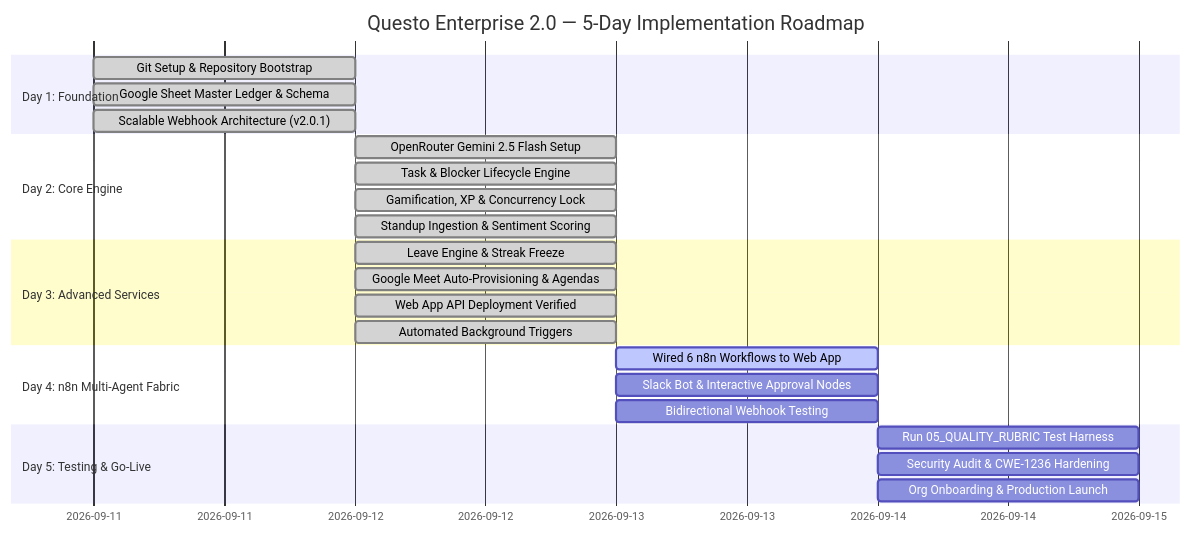
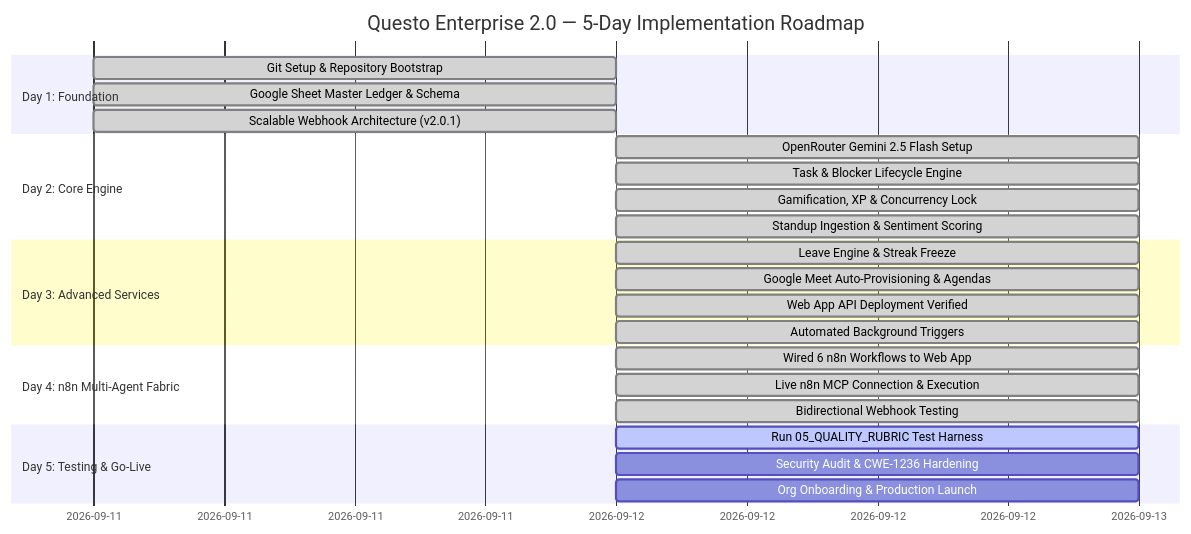
The diagram in questo/00_5_DAY_ROADMAP.md (Atofinite5/QuestO), drawn with Mermaid before and after one commit. The commit also changed other lines of this file and 1 other file, not shown here.

Commit message:
feat(roadmap): mark Day 4 completed with live n8n MCP verification

````diff
--- a/questo/00_5_DAY_ROADMAP.md
+++ b/questo/00_5_DAY_ROADMAP.md
@@ -23,27 +23,27 @@
 ```mermaid
 gantt
     title Questo Enterprise 2.0 — 5-Day Implementation Roadmap
     dateFormat  YYYY-MM-DD
     section Day 1: Foundation
     Git Setup & Repository Bootstrap       :done, d1_1, 2026-09-11, 1d
     Google Sheet Master Ledger & Schema    :done, d1_2, 2026-09-11, 1d
     Scalable Webhook Architecture (v2.0.1) :done, d1_3, 2026-09-11, 1d
     section Day 2: Core Engine
     OpenRouter Gemini 2.5 Flash Setup      :done, d2_1, 2026-09-12, 1d
     Task & Blocker Lifecycle Engine        :done, d2_2, 2026-09-12, 1d
     Gamification, XP & Concurrency Lock    :done, d2_3, 2026-09-12, 1d
     Standup Ingestion & Sentiment Scoring  :done, d2_4, 2026-09-12, 1d
     section Day 3: Advanced Services
     Leave Engine & Streak Freeze           :done, d3_1, 2026-09-12, 1d
     Google Meet Auto-Provisioning & Agendas:done, d3_2, 2026-09-12, 1d
     Web App API Deployment Verified        :done, d3_3, 2026-09-12, 1d
     Automated Background Triggers          :done, d3_4, 2026-09-12, 1d
     section Day 4: n8n Multi-Agent Fabric
-    Wired 6 n8n Workflows to Web App       :active, d4_1, 2026-09-13, 1d
-    Slack Bot & Interactive Approval Nodes :d4_2, 2026-09-13, 1d
-    Bidirectional Webhook Testing          :d4_3, 2026-09-13, 1d
+    Wired 6 n8n Workflows to Web App       :done, d4_1, 2026-09-12, 1d
+    Live n8n MCP Connection & Execution    :done, d4_2, 2026-09-12, 1d
+    Bidirectional Webhook Testing          :done, d4_3, 2026-09-12, 1d
     section Day 5: Testing & Go-Live
-    Run 05_QUALITY_RUBRIC Test Harness     :d5_1, 2026-09-14, 1d
-    Security Audit & CWE-1236 Hardening    :d5_2, 2026-09-14, 1d
-    Org Onboarding & Production Launch     :d5_3, 2026-09-14, 1d
+    Run 05_QUALITY_RUBRIC Test Harness     :active, d5_1, 2026-09-12, 1d
+    Security Audit & CWE-1236 Hardening    :d5_2, 2026-09-12, 1d
+    Org Onboarding & Production Launch     :d5_3, 2026-09-12, 1d
 ```
````
